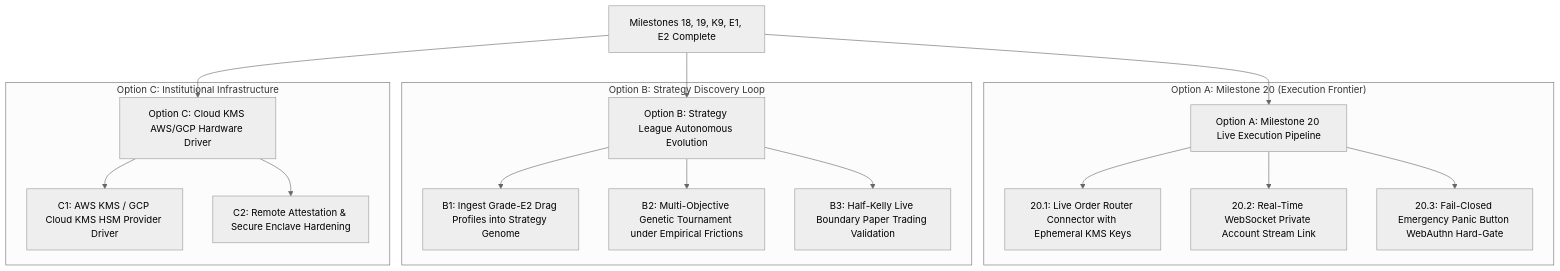
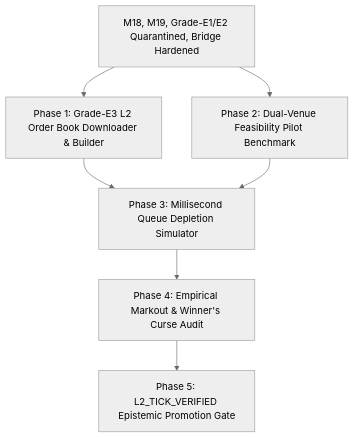
The diagram in Users/azims/CBT/docs/NEXT_SESSION_PLAN.md (cloudshome/CBT), drawn with Mermaid (neutral theme) before and after one commit. The commit also changed other lines of this file and 3 other files, not shown here.

Commit message:
feat(provenance): harden StrategyRealityBridge with ProvenanceAuthority and specify Grade-E3 (9 passing tests)

````diff
--- a/Users/azims/CBT/docs/NEXT_SESSION_PLAN.md
+++ b/Users/azims/CBT/docs/NEXT_SESSION_PLAN.md
@@ -55,23 +63,9 @@
 ```mermaid
 flowchart TD
-    A[Milestones 18, 19, K9, E1, E2 Complete] --> B[Option A: Milestone 20 Live Execution Pipeline]
-    A --> C[Option B: Strategy League Autonomous Evolution]
-    A --> D[Option C: Cloud KMS AWS/GCP Hardware Driver]
-
-    subgraph "Option A: Milestone 20 (Execution Frontier)"
-        B --> B1[20.1: Live Order Router Connector with Ephemeral KMS Keys]
-        B --> B2[20.2: Real-Time WebSocket Private Account Stream Link]
-        B --> B3[20.3: Fail-Closed Emergency Panic Button WebAuthn Hard-Gate]
-    end
-
-    subgraph "Option B: Strategy Discovery Loop"
-        C --> C1[B1: Ingest Grade-E2 Drag Profiles into Strategy Genome]
-        C --> C2[B2: Multi-Objective Genetic Tournament under Empirical Frictions]
-        C --> C3[B3: Half-Kelly Live Boundary Paper Trading Validation]
-    end
-
-    subgraph "Option C: Institutional Infrastructure"
-        D --> D1[C1: AWS KMS / GCP Cloud KMS HSM Provider Driver]
-        D --> D2[C2: Remote Attestation & Secure Enclave Hardening]
-    end
+    A[M18, M19, Grade-E1/E2 Quarantined, Bridge Hardened] --> B[Phase 1: Grade-E3 L2 Order Book Downloader & Builder]
+    A --> C[Phase 2: Dual-Venue Feasibility Pilot Benchmark]
+    B --> D[Phase 3: Millisecond Queue Depletion Simulator]
+    C --> D
+    D --> E[Phase 4: Empirical Markout & Winner's Curse Audit]
+    E --> F[Phase 5: L2_TICK_VERIFIED Epistemic Promotion Gate]
 ```
````
